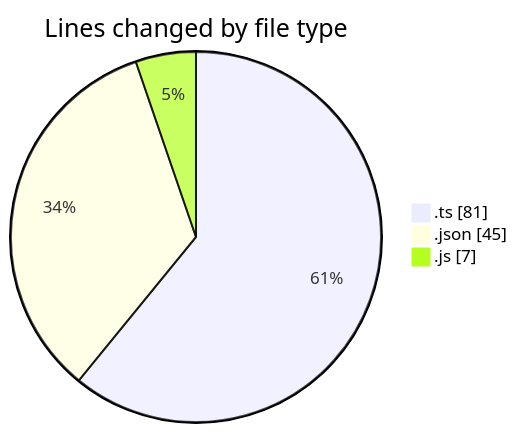
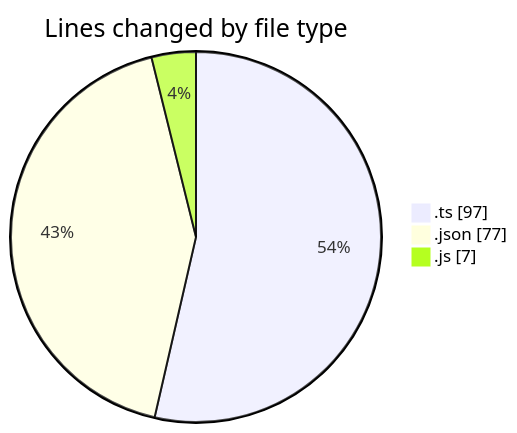
Before and after one commit to igalym/code-tracking: the first of 2 diagrams in 2026-03-02/typescript/README.md, drawn with Mermaid. The commit also changed other lines of this file and 1 other file, not shown here.

````diff
--- a/2026-03-02/typescript/README.md
+++ b/2026-03-02/typescript/README.md
@@ -23,7 +24,7 @@
 ```mermaid
 pie showData
 title Lines changed by file type
-".ts" : 81
-".json" : 45
+".ts" : 97
+".json" : 77
 ".js" : 7
 ```
````
